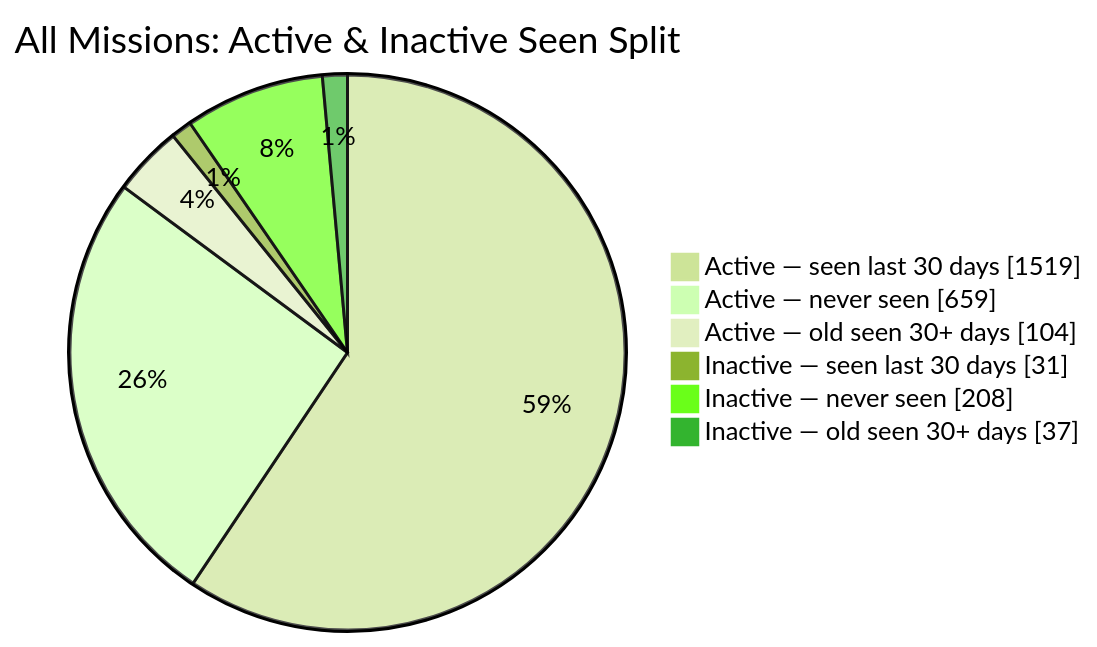
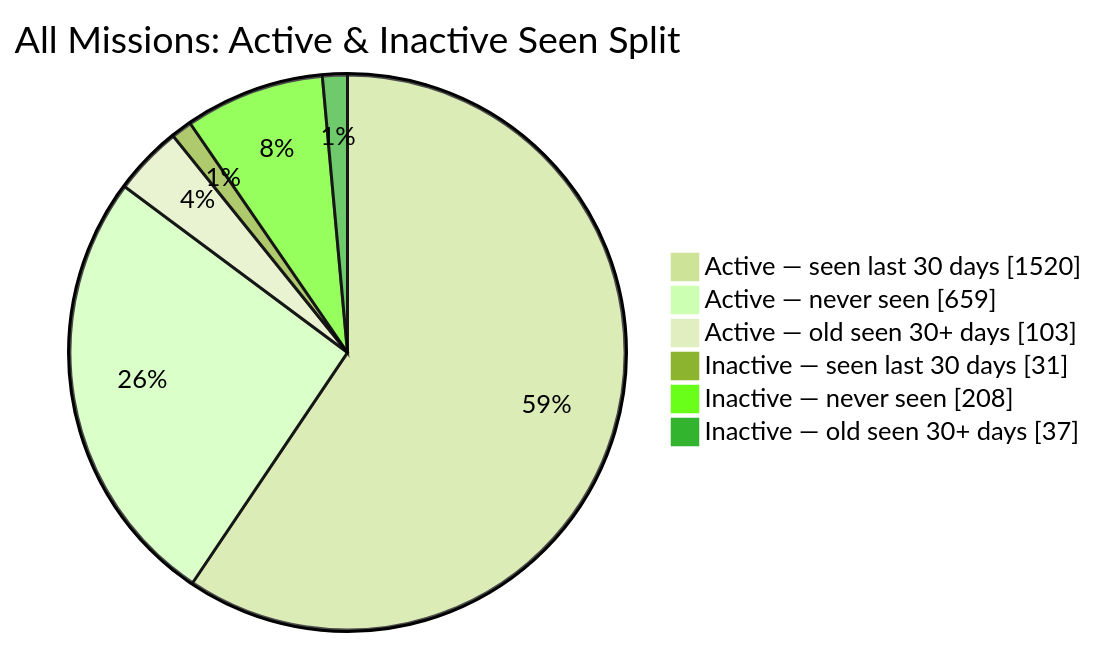
Before and after one commit to MeldkamerspelGameTeam/active-missions: the second of 2 diagrams in README.md, drawn with Mermaid (forest theme). The commit also changed other lines of this file and 2 other files, not shown here.

````diff
--- a/README.md
+++ b/README.md
@@ -44,10 +44,10 @@
 ```mermaid
 pie showData
     title All Missions: Active & Inactive Seen Split
-    "Active — seen last 30 days" : 1519
+    "Active — seen last 30 days" : 1520
     "Active — never seen" : 659
-    "Active — old seen 30+ days" : 104
+    "Active — old seen 30+ days" : 103
     "Inactive — seen last 30 days" : 31
     "Inactive — never seen" : 208
     "Inactive — old seen 30+ days" : 37
 ```
````
